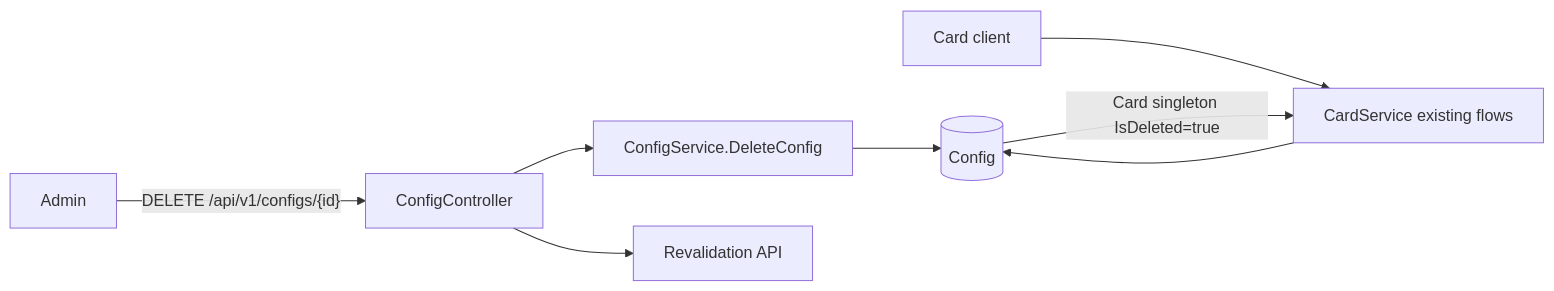
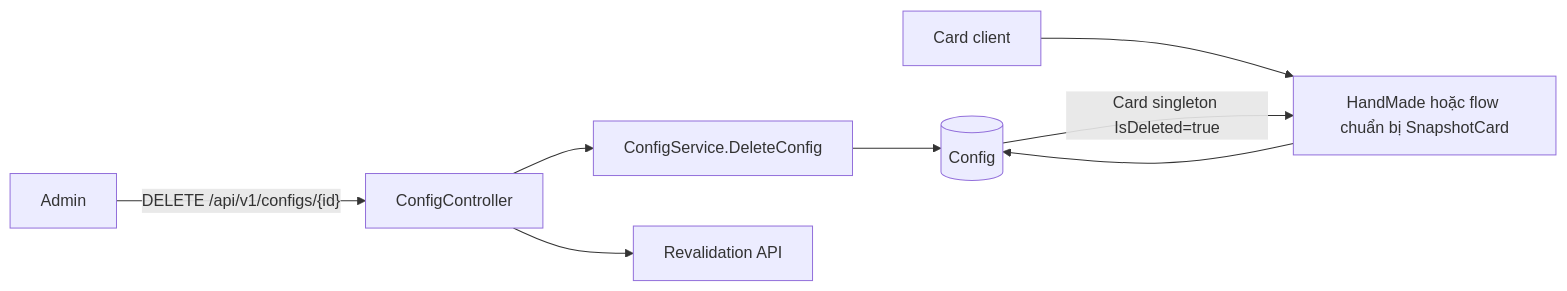
One commit to TaskCoper/hoatheomua-be changed the first of 5 diagrams in HoaTheoMua.Repository/docs/tdd/TDD-011/TDD-011-xoa-card-config.md. Above: the diagram before and after it, drawn with Mermaid. The commit also changed other lines of this file and 499 other files, not shown here.

````diff
--- a/HoaTheoMua.Repository/docs/tdd/TDD-011/TDD-011-xoa-card-config.md
+++ b/HoaTheoMua.Repository/docs/tdd/TDD-011/TDD-011-xoa-card-config.md
@@ -67,10 +67,10 @@
 ```mermaid
 flowchart LR
     Admin -->|"DELETE /api/v1/configs/{id}"| API[ConfigController]
     API --> ConfigSvc[ConfigService.DeleteConfig]
     ConfigSvc --> DB[(Config)]
     API --> R[Revalidation API]
-    CardClient[Card client] --> CardSvc[CardService existing flows]
+    CardClient[Card client] --> CardSvc[HandMade hoặc flow chuẩn bị SnapshotCard]
     CardSvc --> DB
     DB -->|"Card singleton IsDeleted=true"| CardSvc
 ```
````
